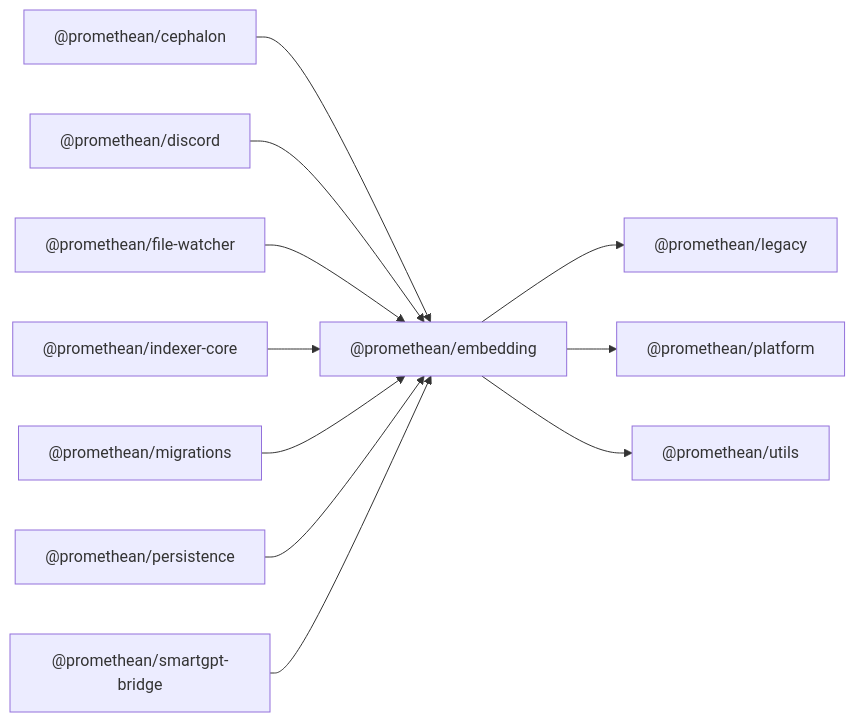
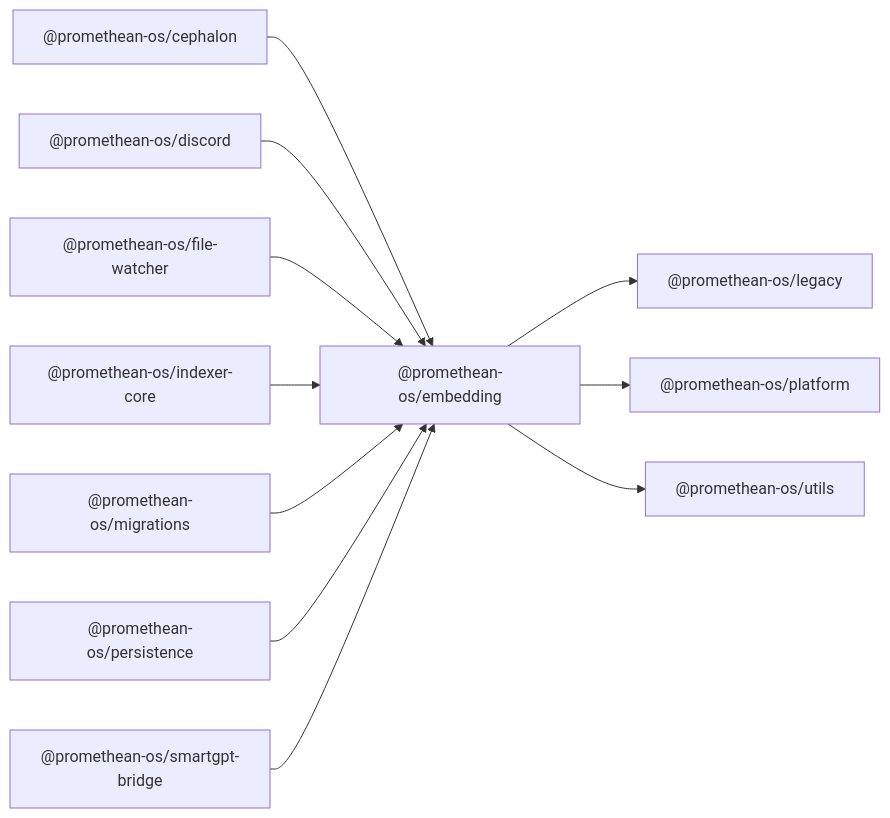
Before and after one commit to octave-commons/promethean: the diagram in docs/packages/embedding/README.md, drawn with Mermaid. The commit also changed other lines of this file and 1753 other files, not shown here.

````diff
--- a/docs/packages/embedding/README.md
+++ b/docs/packages/embedding/README.md
@@ -14,34 +14,34 @@
 ```mermaid
 graph LR
-  A["@promethean/embedding"]
-  D1["@promethean/legacy"]
-  D2["@promethean/platform"]
-  D3["@promethean/utils"]
-  R1["@promethean/cephalon"]
-  R2["@promethean/discord"]
-  R3["@promethean/file-watcher"]
-  R4["@promethean/indexer-core"]
-  R5["@promethean/migrations"]
-  R6["@promethean/persistence"]
-  R7["@promethean/smartgpt-bridge"]
-  A --> D1["@promethean/legacy"]
-  A --> D2["@promethean/platform"]
-  A --> D3["@promethean/utils"]
-  R1["@promethean/cephalon"] --> A
-  R2["@promethean/discord"] --> A
-  R3["@promethean/file-watcher"] --> A
-  R4["@promethean/indexer-core"] --> A
-  R5["@promethean/migrations"] --> A
-  R6["@promethean/persistence"] --> A
-  R7["@promethean/smartgpt-bridge"] --> A
-  click D1 "../legacy/README.md" "@promethean/legacy"
-  click D2 "../platform/README.md" "@promethean/platform"
-  click D3 "../utils/README.md" "@promethean/utils"
-  click R1 "../cephalon/README.md" "@promethean/cephalon"
-  click R2 "../discord/README.md" "@promethean/discord"
-  click R3 "../file-watcher/README.md" "@promethean/file-watcher"
-  click R4 "../indexer-core/README.md" "@promethean/indexer-core"
-  click R5 "../migrations/README.md" "@promethean/migrations"
-  click R6 "../persistence/README.md" "@promethean/persistence"
-  click R7 "../smartgpt-bridge/README.md" "@promethean/smartgpt-bridge"
+  A["@promethean-os/embedding"]
+  D1["@promethean-os/legacy"]
+  D2["@promethean-os/platform"]
+  D3["@promethean-os/utils"]
+  R1["@promethean-os/cephalon"]
+  R2["@promethean-os/discord"]
+  R3["@promethean-os/file-watcher"]
+  R4["@promethean-os/indexer-core"]
+  R5["@promethean-os/migrations"]
+  R6["@promethean-os/persistence"]
+  R7["@promethean-os/smartgpt-bridge"]
+  A --> D1["@promethean-os/legacy"]
+  A --> D2["@promethean-os/platform"]
+  A --> D3["@promethean-os/utils"]
+  R1["@promethean-os/cephalon"] --> A
+  R2["@promethean-os/discord"] --> A
+  R3["@promethean-os/file-watcher"] --> A
+  R4["@promethean-os/indexer-core"] --> A
+  R5["@promethean-os/migrations"] --> A
+  R6["@promethean-os/persistence"] --> A
+  R7["@promethean-os/smartgpt-bridge"] --> A
+  click D1 "../legacy/README.md" "@promethean-os/legacy"
+  click D2 "../platform/README.md" "@promethean-os/platform"
+  click D3 "../utils/README.md" "@promethean-os/utils"
+  click R1 "../cephalon/README.md" "@promethean-os/cephalon"
+  click R2 "../discord/README.md" "@promethean-os/discord"
+  click R3 "../file-watcher/README.md" "@promethean-os/file-watcher"
+  click R4 "../indexer-core/README.md" "@promethean-os/indexer-core"
+  click R5 "../migrations/README.md" "@promethean-os/migrations"
+  click R6 "../persistence/README.md" "@promethean-os/persistence"
+  click R7 "../smartgpt-bridge/README.md" "@promethean-os/smartgpt-bridge"
 ```
````
